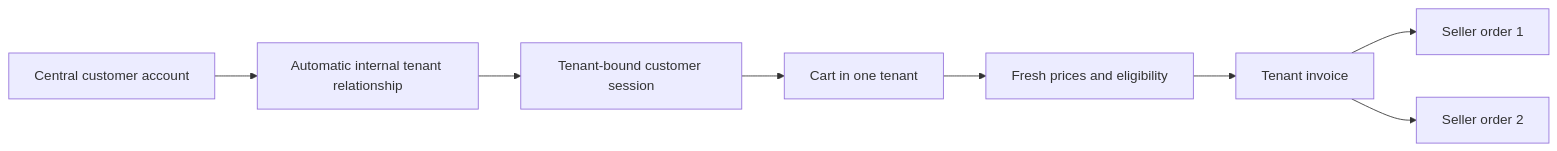
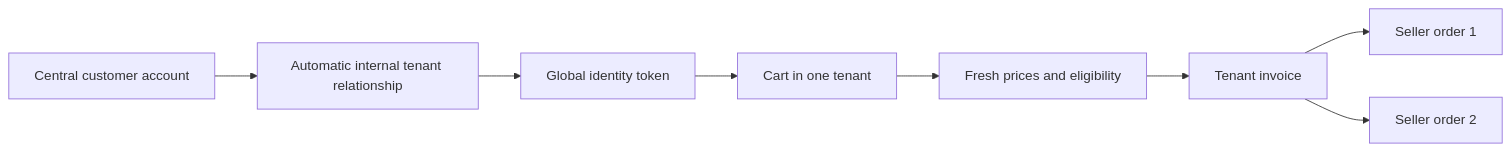
The second of 2 diagrams in content/docs/en/roadmap/boundaries.mdx (mahmoudkhairy159/CartJoin-Client-Docs), drawn with Mermaid before and after one commit. The commit also changed other lines of this file and 13 other files, not shown here.

````diff
--- a/content/docs/en/roadmap/boundaries.mdx
+++ b/content/docs/en/roadmap/boundaries.mdx
@@ -81,10 +81,10 @@
 ```mermaid
 flowchart LR
     I[Central customer account] --> L[Automatic internal tenant relationship]
-    L --> S[Tenant-bound customer session]
+    L --> S[Global identity token]
     S --> C[Cart in one tenant]
     C --> Q[Fresh prices and eligibility]
     Q --> F[Tenant invoice]
     F --> O1[Seller order 1]
     F --> O2[Seller order 2]
 ```
````
